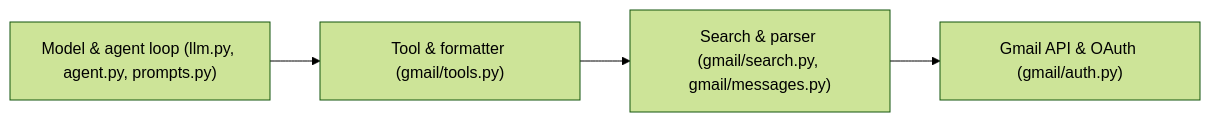
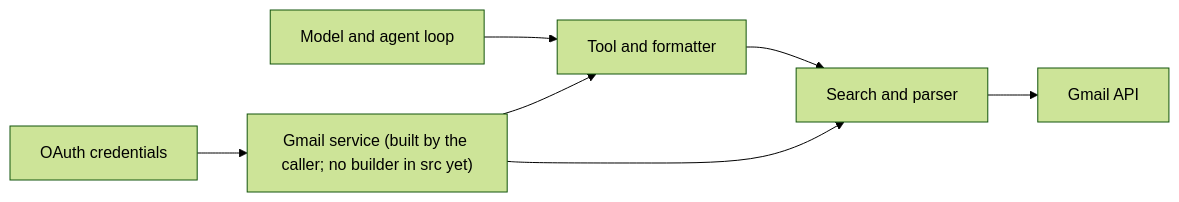
One commit to Bivash43/personal-assistant changed the diagram in README.md. Above: the diagram before and after it, drawn with Mermaid (forest theme). The commit also changed other lines of this file, not shown here.

Commit message:
:memo: Restructure README status tables and fix architecture diagram

````diff
--- a/README.md
+++ b/README.md
@@ -48,6 +70,9 @@
 ```mermaid
 flowchart LR
-    model["Model & agent loop (llm.py, agent.py, prompts.py)"] --> tool["Tool & formatter (gmail/tools.py)"]
-    tool --> search["Search & parser (gmail/search.py, gmail/messages.py)"]
-    search --> api["Gmail API & OAuth (gmail/auth.py)"]
+    model["Model and agent loop"] --> tool["Tool and formatter"]
+    tool --> search["Search and parser"]
+    search --> api["Gmail API"]
+    auth["OAuth credentials"] --> service["Gmail service (built by the caller; no builder in src yet)"]
+    service --> tool
+    service --> search
 ```
````
